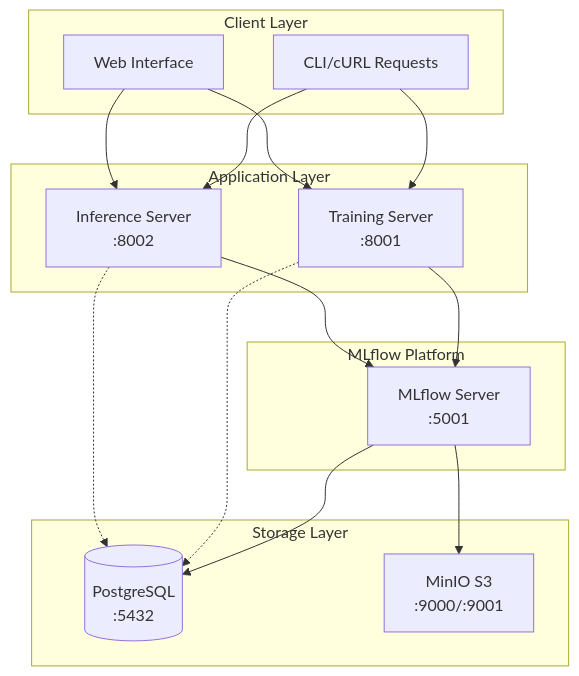
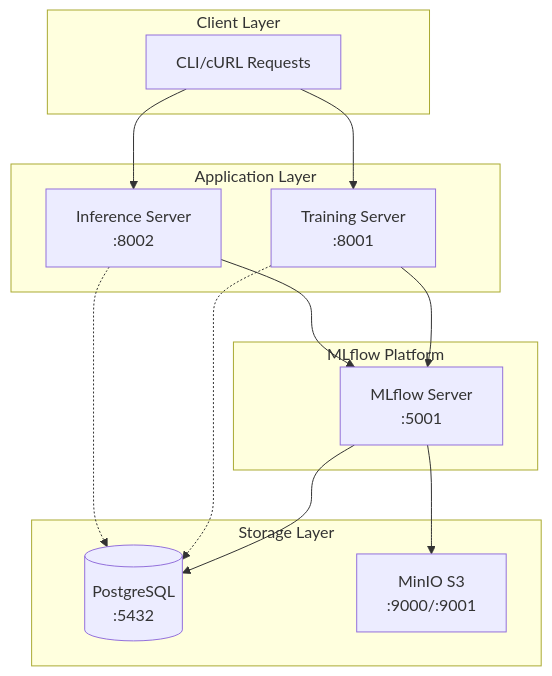
One commit to devenshah2018/model-distribution-server changed the first of 3 diagrams in README.md. Above: the diagram before and after it, drawn with Mermaid. The commit also changed other lines of this file and 8 other files, not shown here.

````diff
--- a/README.md
+++ b/README.md
@@ -7,35 +7,32 @@
 ```mermaid
 graph TB
     subgraph "Client Layer"
         CLI[CLI/cURL Requests]
-        UI[Web Interface]
     end
     
     subgraph "Application Layer"
         TS[Training Server<br/>:8001]
         IS[Inference Server<br/>:8002]
     end
     
     subgraph "MLflow Platform"
         MLF[MLflow Server<br/>:5001]
     end
     
     subgraph "Storage Layer"
         PG[(PostgreSQL<br/>:5432)]
         MINIO[MinIO S3<br/>:9000/:9001]
     end
     
     CLI --> TS
     CLI --> IS
-    UI --> TS
-    UI --> IS
     
     TS --> MLF
     IS --> MLF
     
     MLF --> PG
     MLF --> MINIO
     
     TS -.-> PG
     IS -.-> PG
 ```
````
